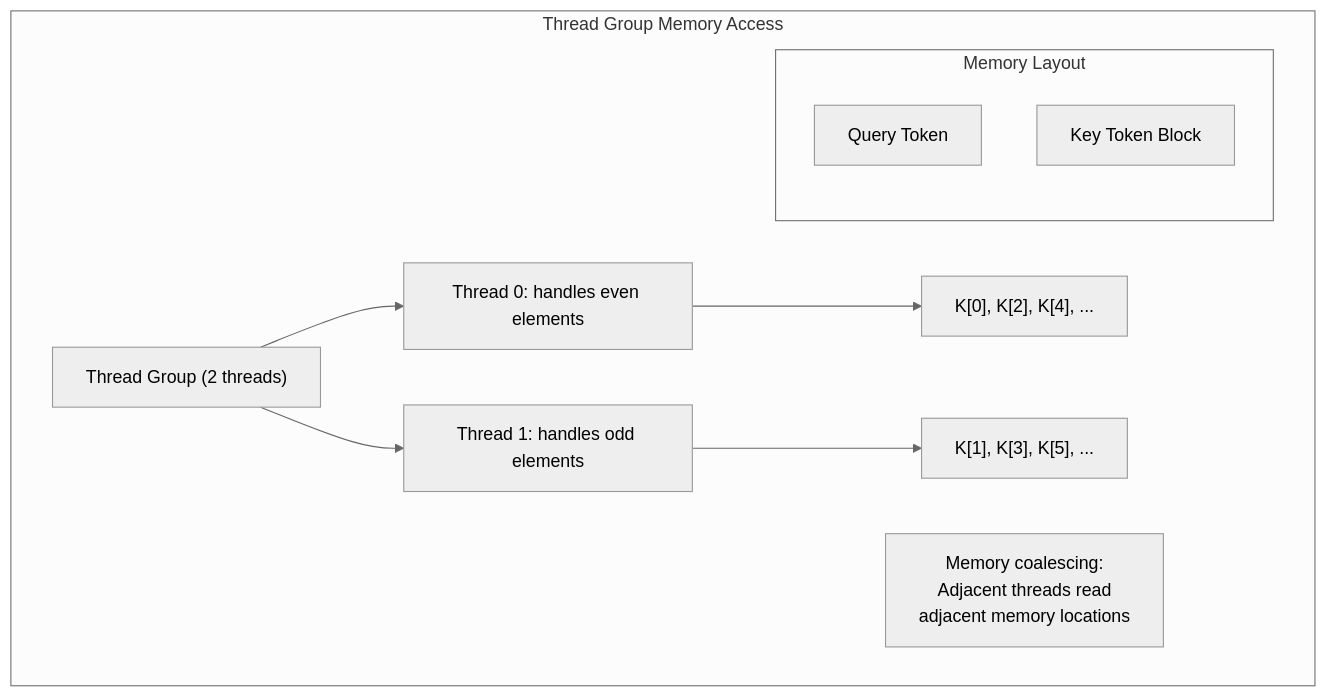
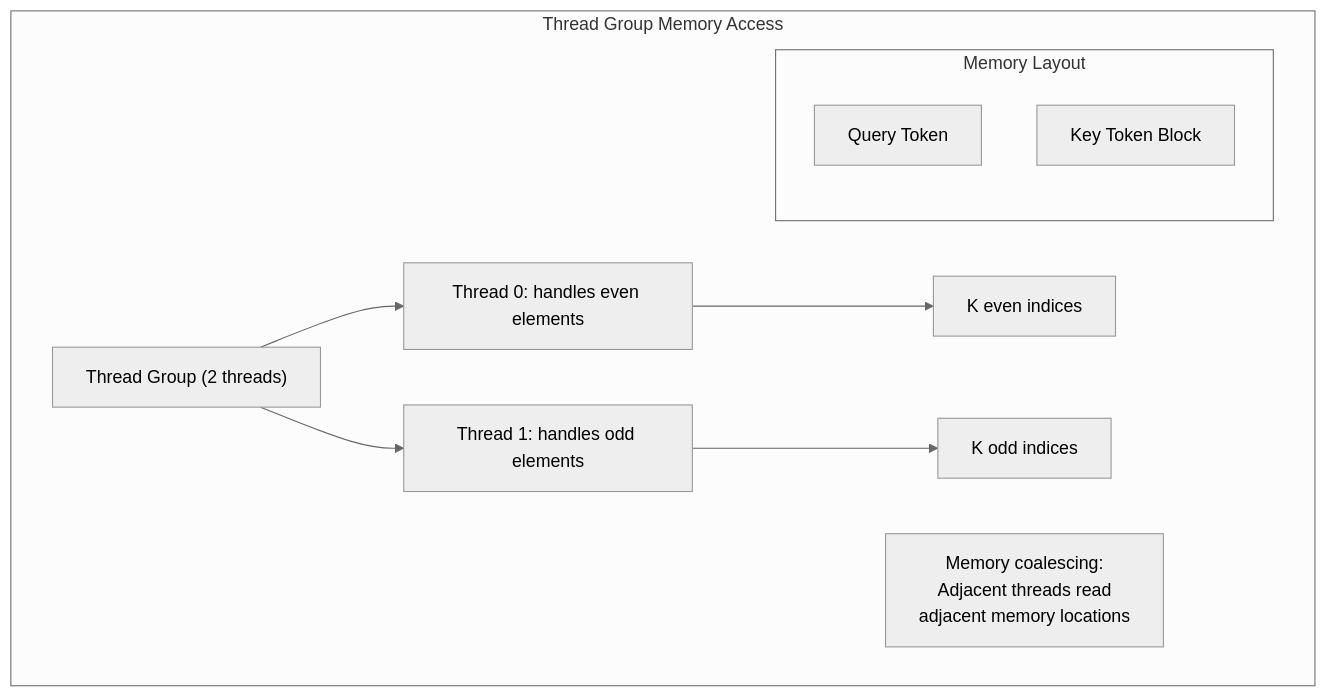
Before and after one commit to Shahriarin2garden/vllm_from_scratch: diagram 24 of 37 in lab0.2/lab02.md, drawn with Mermaid (neutral theme). The commit also changed other lines of this file and 2 other files, not shown here.

Commit message:
Refactor diagrams in README.md and lab0.2final.md for clarity and consistency

````diff
--- a/lab0.2/lab02.md
+++ b/lab0.2/lab02.md
@@ -797,18 +797,18 @@
 ```mermaid
 graph TD
     subgraph "Thread Group Memory Access"
         TG["Thread Group (2 threads)"]
         TG --> T0["Thread 0: handles even elements"]
         TG --> T1["Thread 1: handles odd elements"]
         
         subgraph "Memory Layout"
             QToken["Query Token"]
             KToken["Key Token Block"]
         end
         
-        T0 --> K0["K[0], K[2], K[4], ..."]
-        T1 --> K1["K[1], K[3], K[5], ..."]
+        T0 --> K0["K even indices"]
+        T1 --> K1["K odd indices"]
         
         Note["Memory coalescing:<br/>Adjacent threads read<br/>adjacent memory locations"]
     end
 ```
````
